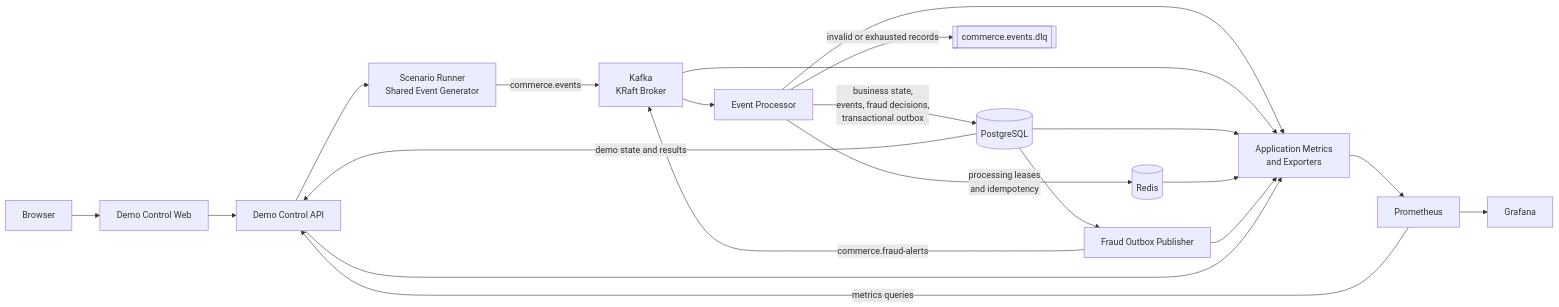
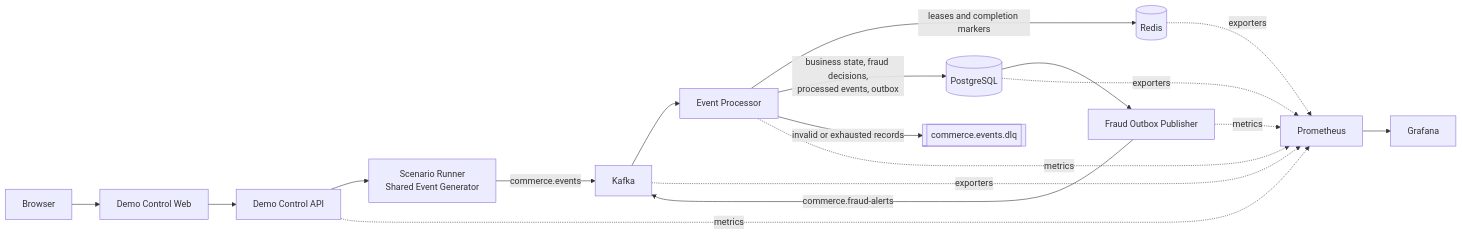
One commit to negativexq/real-time-commerce-platform changed the diagram in README.md. Above: the diagram before and after it, drawn with Mermaid. The commit also changed other lines of this file, not shown here.

Commit message:
docs: improve README architecture and performance presentation

````diff
--- a/README.md
+++ b/README.md
@@ -166,30 +39,23 @@
 ```mermaid
 flowchart LR
-    B[Browser] --> W[Demo Control Web]
+    U[Browser] --> W[Demo Control Web]
     W --> A[Demo Control API]
-
     A --> G[Scenario Runner<br/>Shared Event Generator]
-    G -->|commerce.events| K[Kafka<br/>KRaft Broker]
+    G -->|commerce.events| K[Kafka]
 
     K --> P[Event Processor]
-
-    P -->|processing leases<br/>and idempotency| R[(Redis)]
-    P -->|business state,<br/>events, fraud decisions,<br/>transactional outbox| DB[(PostgreSQL)]
-    P -->|invalid or exhausted records| D[[commerce.events.dlq]]
+    P -->|leases and completion markers| R[(Redis)]
+    P -->|business state, fraud decisions,<br/>processed events, outbox| DB[(PostgreSQL)]
+    P -->|invalid or exhausted records| DLQ[[commerce.events.dlq]]
 
     DB --> O[Fraud Outbox Publisher]
     O -->|commerce.fraud-alerts| K
 
-    P --> X[Application Metrics<br/>and Exporters]
-    K --> X
-    DB --> X
-    R --> X
-    O --> X
-    A --> X
-
-    X --> M[Prometheus]
-    M --> GF[Grafana]
-
-    DB -->|demo state and results| A
-    M -->|metrics queries| A
+    A -. metrics .-> M[Prometheus]
+    P -. metrics .-> M
+    O -. metrics .-> M
+    K -. exporters .-> M
+    R -. exporters .-> M
+    DB -. exporters .-> M
+    M --> GR[Grafana]
 ```
````
